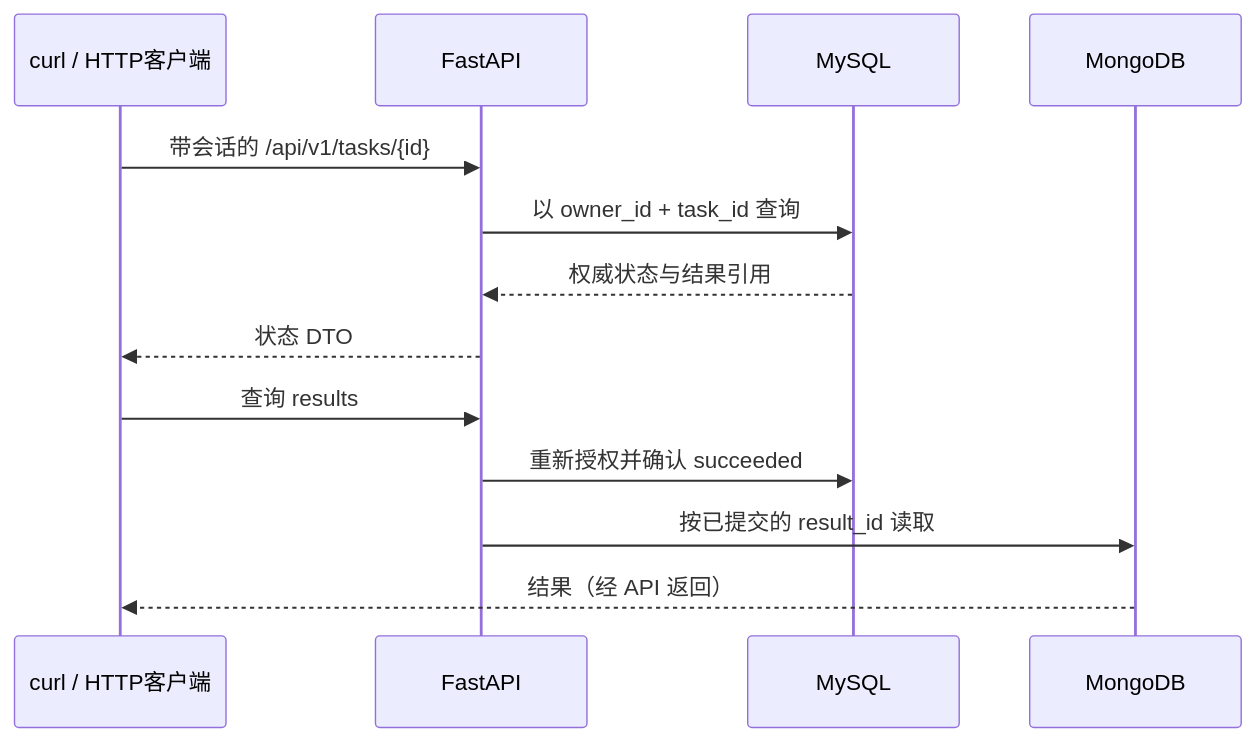
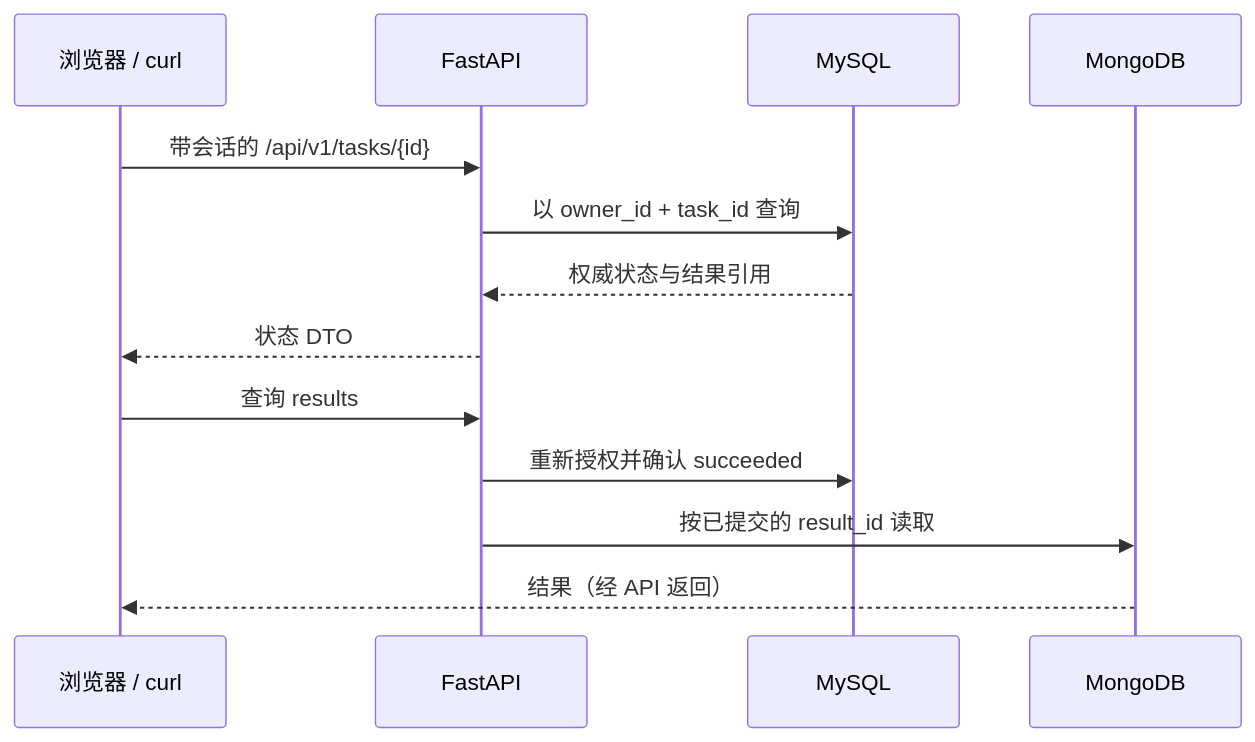
Before and after one commit to kismetcccc/agent-stack-lab: the first of 2 diagrams in docs/ARCHITECTURE.md, drawn with Mermaid. The commit also changed other lines of this file and 10 other files, not shown here.

````diff
--- a/docs/ARCHITECTURE.md
+++ b/docs/ARCHITECTURE.md
@@ -26,15 +26,15 @@
 ```mermaid
 sequenceDiagram
-    participant U as curl / HTTP客户端
+    participant U as 浏览器 / curl
     participant A as FastAPI
     participant S as MySQL
     participant M as MongoDB
     U->>A: 带会话的 /api/v1/tasks/{id}
     A->>S: 以 owner_id + task_id 查询
     S-->>A: 权威状态与结果引用
     A-->>U: 状态 DTO
     U->>A: 查询 results
     A->>S: 重新授权并确认 succeeded
     A->>M: 按已提交的 result_id 读取
     M-->>U: 结果（经 API 返回）
 ```
````
